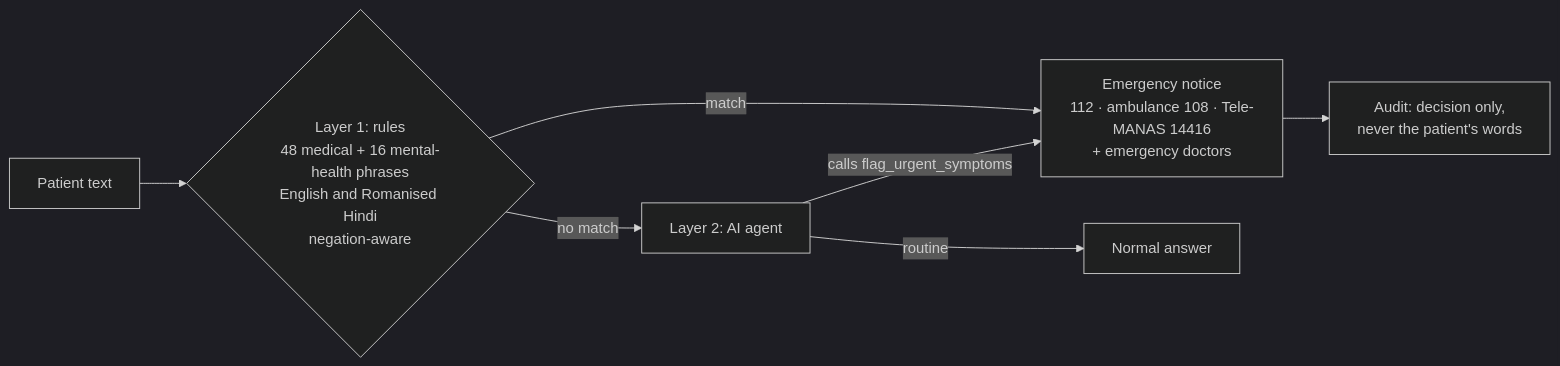
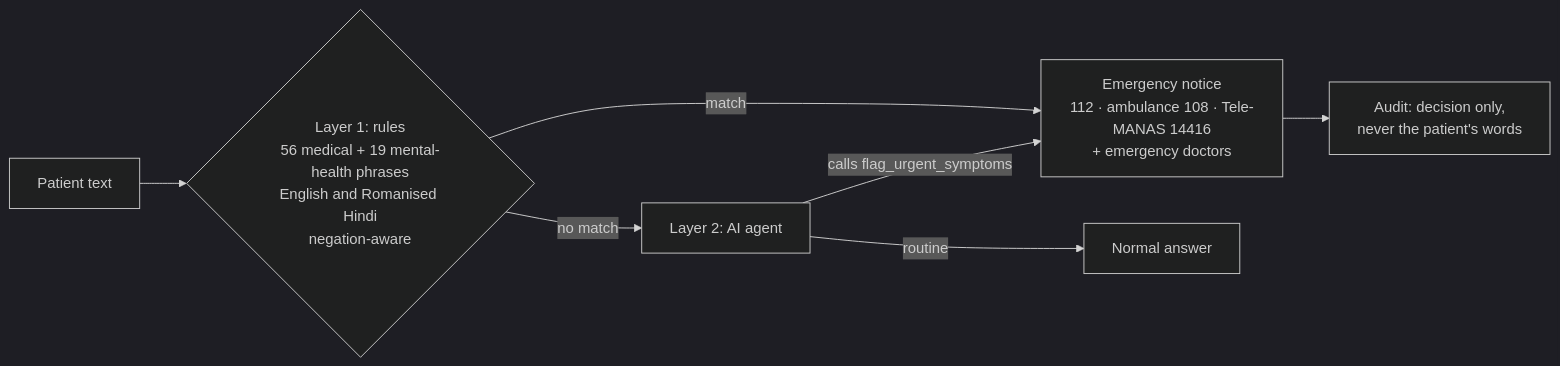
Before and after one commit to vikrant48/CareSync_frontend: the sixth of 30 diagrams in public/docs/caresync.md, drawn with Mermaid (dark theme). The commit also changed other lines of this file and 17 other files, not shown here.

````diff
--- a/public/docs/caresync.md
+++ b/public/docs/caresync.md
@@ -222,9 +253,9 @@
 ```mermaid
 flowchart LR
-    M["Patient text"] --> L1{"Layer 1: rules<br/>48 medical + 16 mental-health phrases<br/>English and Romanised Hindi<br/>negation-aware"}
+    M["Patient text"] --> L1{"Layer 1: rules<br/>56 medical + 19 mental-health phrases<br/>English and Romanised Hindi<br/>negation-aware"}
     L1 -- match --> E["Emergency notice<br/>112 · ambulance 108 · Tele-MANAS 14416<br/>+ emergency doctors"]
     L1 -- no match --> L2["Layer 2: AI agent"]
     L2 -- "calls flag_urgent_symptoms" --> E
     L2 -- routine --> N["Normal answer"]
     E --> AU["Audit: decision only,<br/>never the patient's words"]
 ```
````
